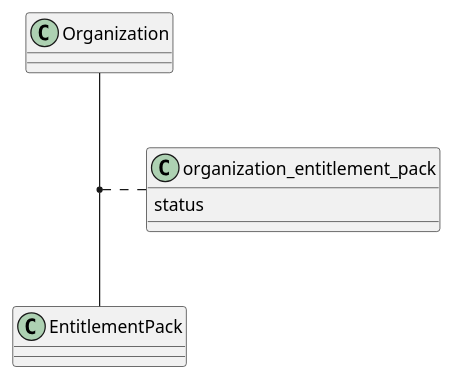
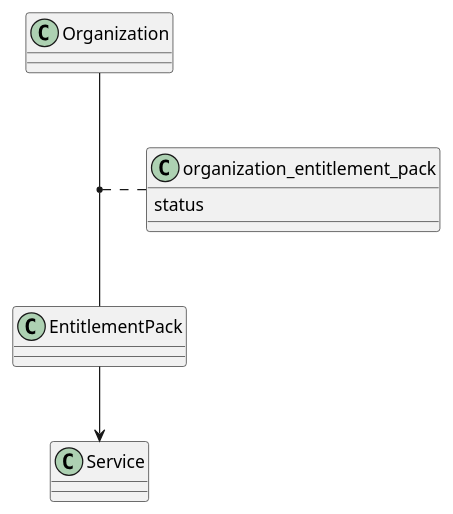
The first of 2 diagrams in README.md (hexaaproject/hexaa-migrator), drawn with PlantUML before and after one commit. The commit also changed other lines of this file, not shown here.

````diff
--- a/README.md
+++ b/README.md
@@ -18,13 +109,14 @@
 ```plantuml
 @startuml
 
 Organization -- EntitlementPack
+EntitlementPack --> Service
 
 (Organization, EntitlementPack) .. organization_entitlement_pack
 
 class organization_entitlement_pack {
     status
 }
 
 @enduml
 ```
````
